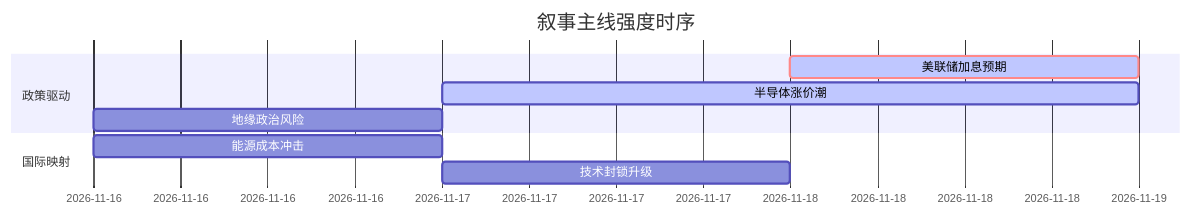
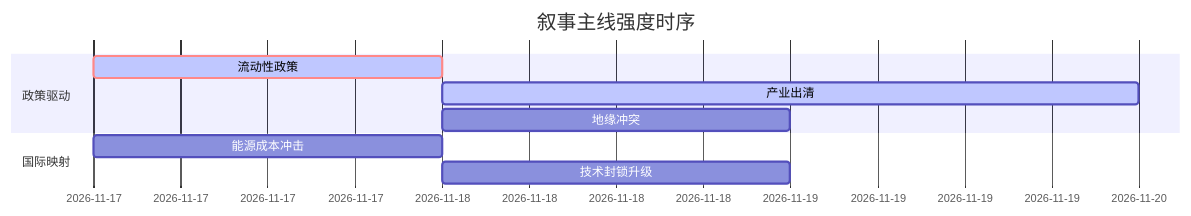
Before and after one commit to uu5zn/uu5zn.github.io: the diagram in 5day_report.md, drawn with Mermaid. The commit also changed other lines of this file and 23 other files, not shown here.

````diff
--- a/5day_report.md
+++ b/5day_report.md
@@ -59,13 +53,13 @@
 ```mermaid
 gantt
     title 叙事主线强度时序
     dateFormat  YYYY-MM-DD
     section 政策驱动
-    美联储加息预期   :crit, active, 2026-11-18, 1d
-    半导体涨价潮     :active, 2026-11-17, 2d
-    地缘政治风险     :2026-11-16, 1d
+    流动性政策   :crit, active, 2026-11-17, 1d
+    产业出清     :active, 2026-11-18, 2d
+    地缘冲突     :2026-11-18, 1d
     
     section 国际映射
-    能源成本冲击     :2026-11-16, 1d
-    技术封锁升级     :2026-11-17, 1d
+    能源成本冲击   :2026-11-17, 1d
+    技术封锁升级   :2026-11-18, 1d
 ```
````
